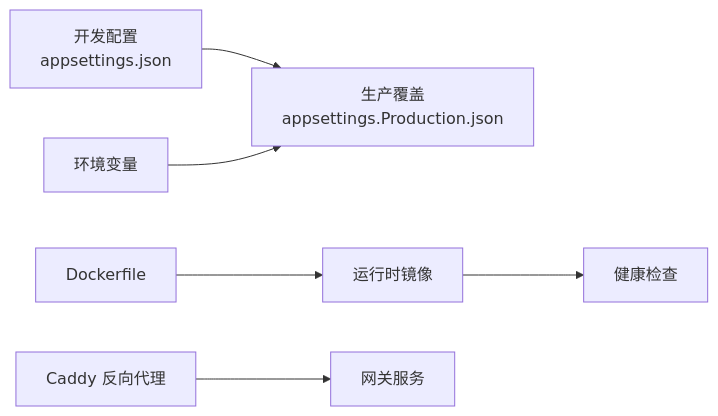
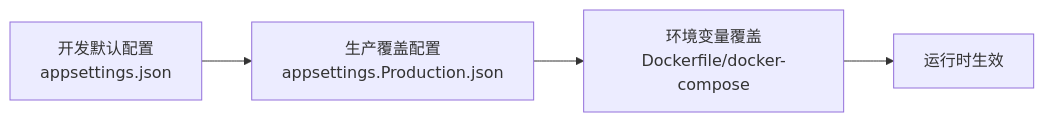
Before and after one commit to wayyet/kingcrab: the fifth of 5 diagrams in .qoder/repowiki/zh/content/部署指南/部署指南.md, drawn with Mermaid. The commit also changed other lines of this file and 173 other files, not shown here.

````diff
--- a/.qoder/repowiki/zh/content/部署指南/部署指南.md
+++ b/.qoder/repowiki/zh/content/部署指南/部署指南.md
@@ -295,8 +289,6 @@
 ```mermaid
 graph LR
-cfg_dev["开发配置<br/>appsettings.json"] --> cfg_prod["生产覆盖<br/>appsettings.Production.json"]
-env["环境变量"] --> cfg_prod
-docker["Dockerfile"] --> runtime["运行时镜像"]
-runtime --> health["健康检查"]
-caddy["Caddy 反向代理"] --> gw["网关服务"]
+Dev["开发默认配置<br/>appsettings.json"] --> Prod["生产覆盖配置<br/>appsettings.Production.json"]
+Prod --> Env["环境变量覆盖<br/>Dockerfile/docker-compose"]
+Env --> Run["运行时生效"]
 ```
````
